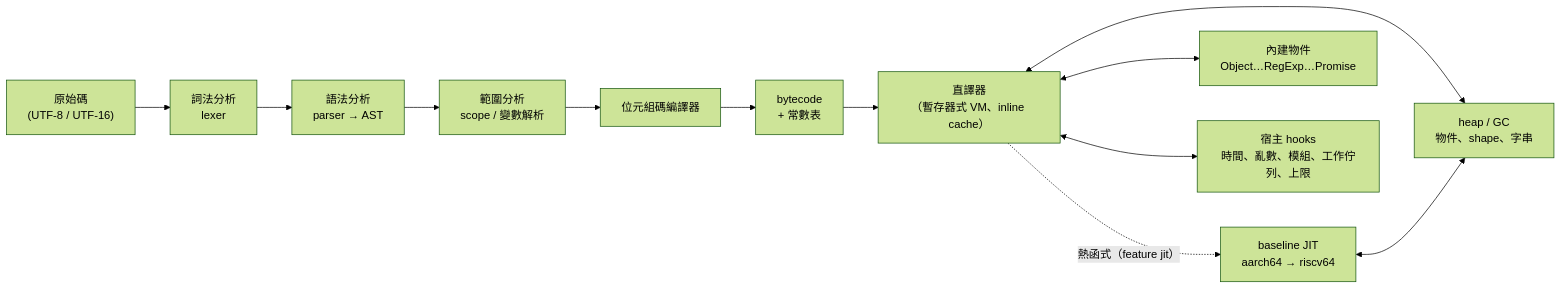
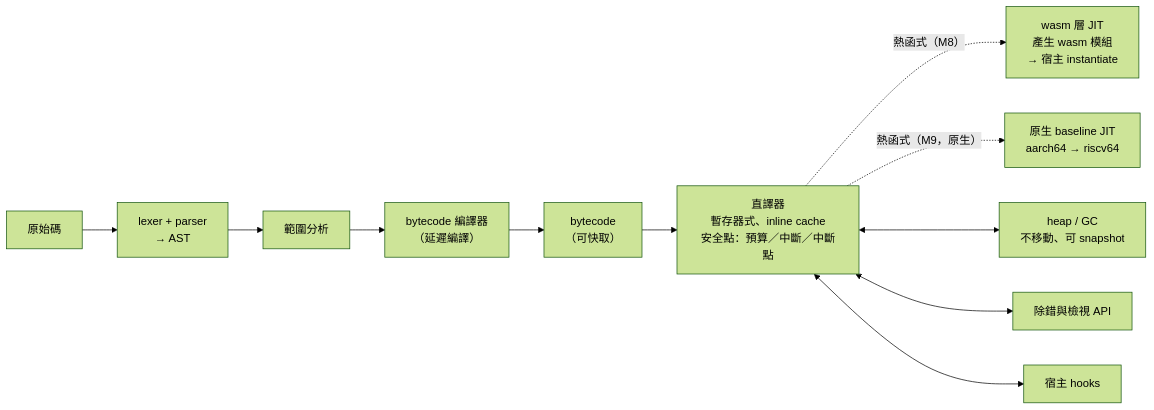
The diagram in doc/plan.md (ccc-claude-opus/rujse), drawn with Mermaid (forest theme) before and after one commit. The commit also changed other lines of this file, not shown here.

````diff
--- a/doc/plan.md
+++ b/doc/plan.md
@@ -41,14 +39,13 @@
 ```mermaid
 flowchart LR
-  S["原始碼<br/>(UTF-8 / UTF-16)"] --> L["詞法分析<br/>lexer"]
-  L --> P["語法分析<br/>parser → AST"]
-  P --> A["範圍分析<br/>scope / 變數解析"]
-  A --> C["位元組碼編譯器"]
-  C --> B["bytecode<br/>+ 常數表"]
-  B --> I["直譯器<br/>（暫存器式 VM、inline cache）"]
-  I -. "熱函式（feature jit）" .-> J["baseline JIT<br/>aarch64 → riscv64"]
-  I <--> H["heap / GC<br/>物件、shape、字串"]
-  J <--> H
-  I <--> R["內建物件<br/>Object…RegExp…Promise"]
-  I <--> E["宿主 hooks<br/>時間、亂數、模組、工作佇列、上限"]
+  S["原始碼"] --> P["lexer + parser<br/>→ AST"]
+  P --> A["範圍分析"]
+  A --> C["bytecode 編譯器<br/>（延遲編譯）"]
+  C --> B["bytecode<br/>（可快取）"]
+  B --> I["直譯器<br/>暫存器式、inline cache<br/>安全點：預算／中斷／中斷點"]
+  I -. "熱函式（M8）" .-> W["wasm 層 JIT<br/>產生 wasm 模組<br/>→ 宿主 instantiate"]
+  I -. "熱函式（M9，原生）" .-> N["原生 baseline JIT<br/>aarch64 → riscv64"]
+  I <--> H["heap / GC<br/>不移動、可 snapshot"]
+  I <--> D["除錯與檢視 API"]
+  I <--> E["宿主 hooks"]
 ```
````
